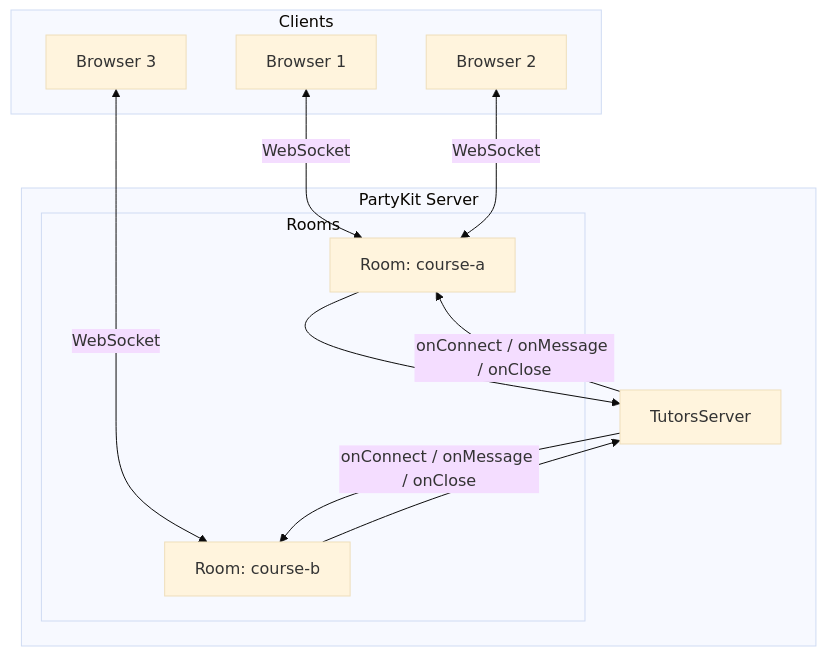
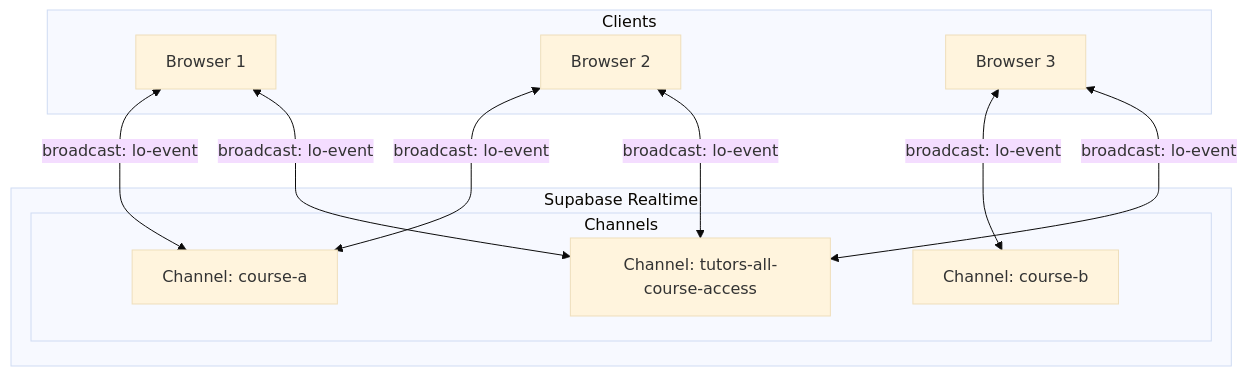
One commit to tutors-sdk/tutors-reference-manual changed the eighth of 14 diagrams in unit-4-dev/note-architecture/note-architecture.md. Above: the diagram before and after it, drawn with Mermaid (base theme). The commit also changed other lines of this file and 2 other files, not shown here.

Commit message:
architecture update

````diff
--- a/unit-4-dev/note-architecture/note-architecture.md
+++ b/unit-4-dev/note-architecture/note-architecture.md
@@ -1309,26 +1313,23 @@
 ```mermaid
 flowchart TD
   subgraph Clients
     b1["Browser 1"]
     b2["Browser 2"]
     b3["Browser 3"]
   end
 
-  subgraph PartyKit["PartyKit Server"]
-    server["TutorsServer"]
-    subgraph Rooms
-      r1["Room: course-a"]
-      r2["Room: course-b"]
+  subgraph Supabase["Supabase Realtime"]
+    subgraph Channels
+      ch_all["Channel: tutors-all-course-access"]
+      ch_a["Channel: course-a"]
+      ch_b["Channel: course-b"]
     end
   end
 
-  b1 <-->|WebSocket| r1
-  b2 <-->|WebSocket| r1
-  b3 <-->|WebSocket| r2
-
-  r1 --> server
-  r2 --> server
-
-  server -->|"onConnect / onMessage / onClose"| r1
-  server -->|"onConnect / onMessage / onClose"| r2
+  b1 <-->|"broadcast: lo-event"| ch_a
+  b1 <-->|"broadcast: lo-event"| ch_all
+  b2 <-->|"broadcast: lo-event"| ch_a
+  b2 <-->|"broadcast: lo-event"| ch_all
+  b3 <-->|"broadcast: lo-event"| ch_b
+  b3 <-->|"broadcast: lo-event"| ch_all
 ```
````
